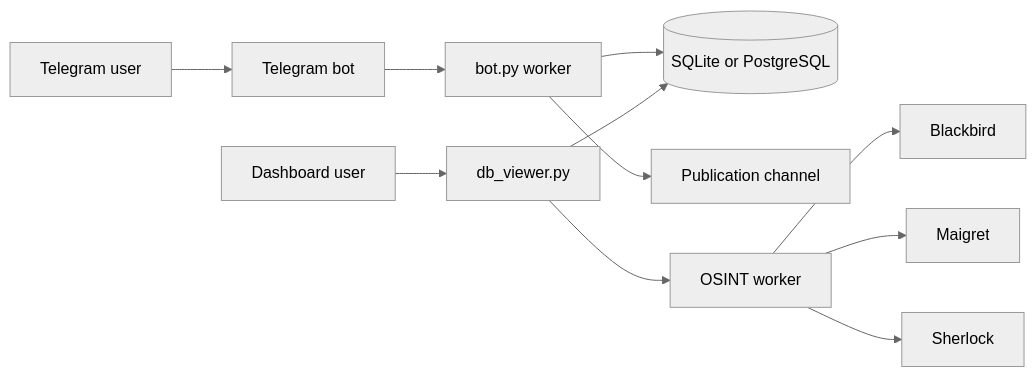
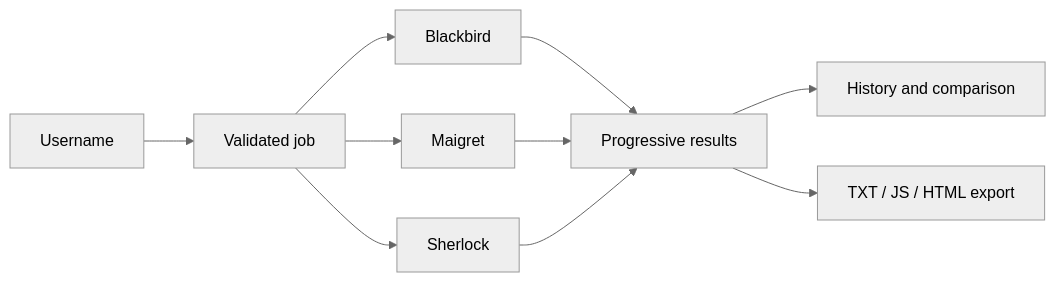
One commit to makeiew-osint/podslushka-dashboard changed the diagram in README.md. Above: the diagram before and after it, drawn with Mermaid (neutral theme). The commit also changed other lines of this file and 6 other files, not shown here.

````diff
--- a/README.md
+++ b/README.md
@@ -74,13 +73,12 @@
 ```mermaid
 flowchart LR
-    User[Telegram user] --> Bot[Telegram bot]
-    Bot --> Worker[bot.py worker]
-    Worker --> DB[(SQLite or PostgreSQL)]
-    Worker --> Channel[Publication channel]
-    Admin[Dashboard user] --> Web[db_viewer.py]
-    Web --> DB
-    Web --> OSINT[OSINT worker]
-    OSINT --> Blackbird
-    OSINT --> Maigret
-    OSINT --> Sherlock
+    A[Username] --> B[Validated job]
+    B --> C[Blackbird]
+    B --> D[Maigret]
+    B --> E[Sherlock]
+    C --> F[Progressive results]
+    D --> F
+    E --> F
+    F --> G[History and comparison]
+    F --> H[TXT / JS / HTML export]
 ```
````
